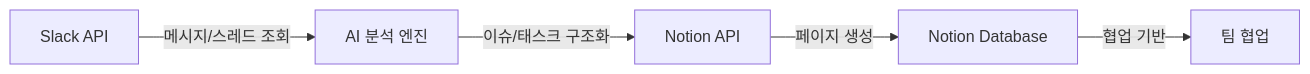
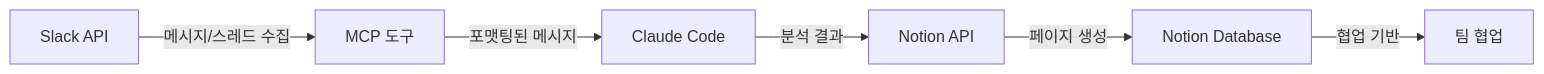
The diagram in README.md (dykim-base-project/claude-slack-to-notion), drawn with Mermaid before and after one commit. The commit also changed other lines of this file, not shown here.

````diff
--- a/README.md
+++ b/README.md
@@ -27,7 +27,8 @@
 ```mermaid
 graph LR
-    A["Slack API"] -->|메시지/스레드 조회| B["AI 분석 엔진"]
-    B -->|이슈/태스크 구조화| C["Notion API"]
-    C -->|페이지 생성| D["Notion Database"]
-    D -->|협업 기반| E["팀 협업"]
+    A["Slack API"] -->|메시지/스레드 수집| B["MCP 도구"]
+    B -->|포맷팅된 메시지| C["Claude Code"]
+    C -->|분석 결과| D["Notion API"]
+    D -->|페이지 생성| E["Notion Database"]
+    E -->|협업 기반| F["팀 협업"]
 ```
````
